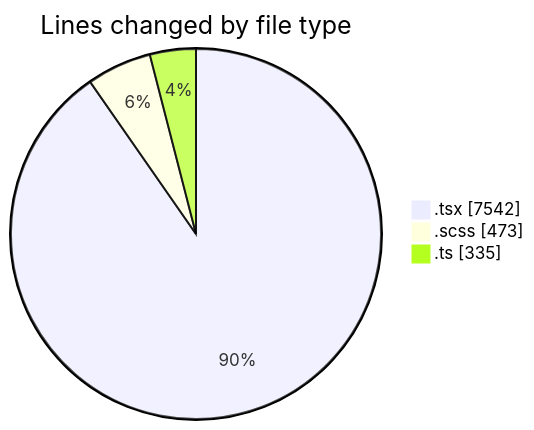
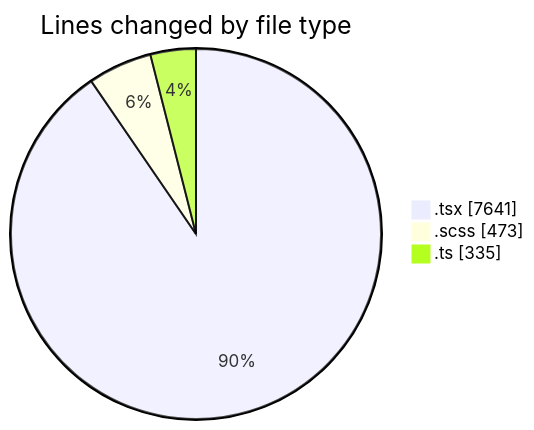
Before and after one commit to momahboobian/code-tracking: the first of 2 diagrams in 2025-07-03/cda/README.md, drawn with Mermaid. The commit also changed other lines of this file and 1 other file, not shown here.

````diff
--- a/2025-07-03/cda/README.md
+++ b/2025-07-03/cda/README.md
@@ -45,7 +46,7 @@
 ```mermaid
 pie showData
 title Lines changed by file type
-".tsx" : 7542
+".tsx" : 7641
 ".scss" : 473
 ".ts" : 335
 ```
````
